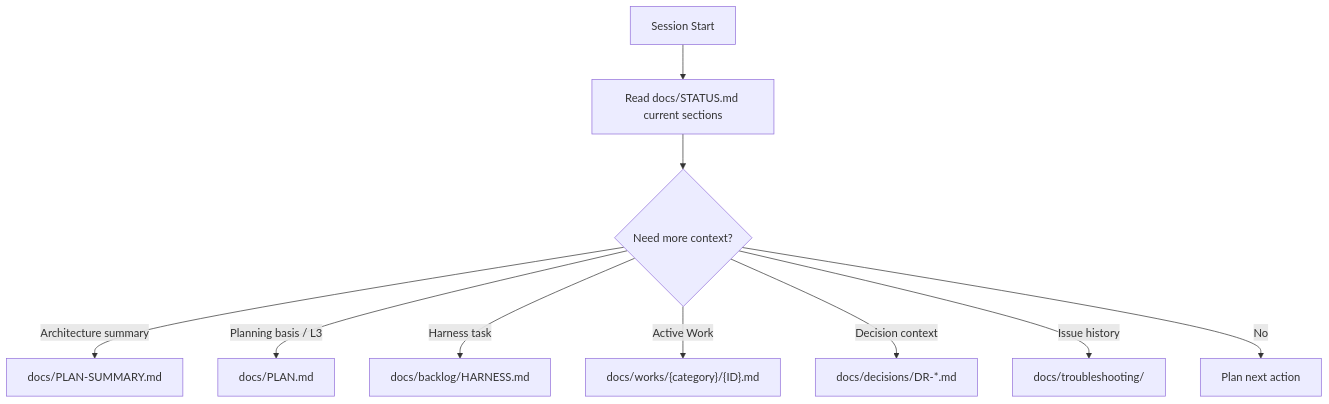
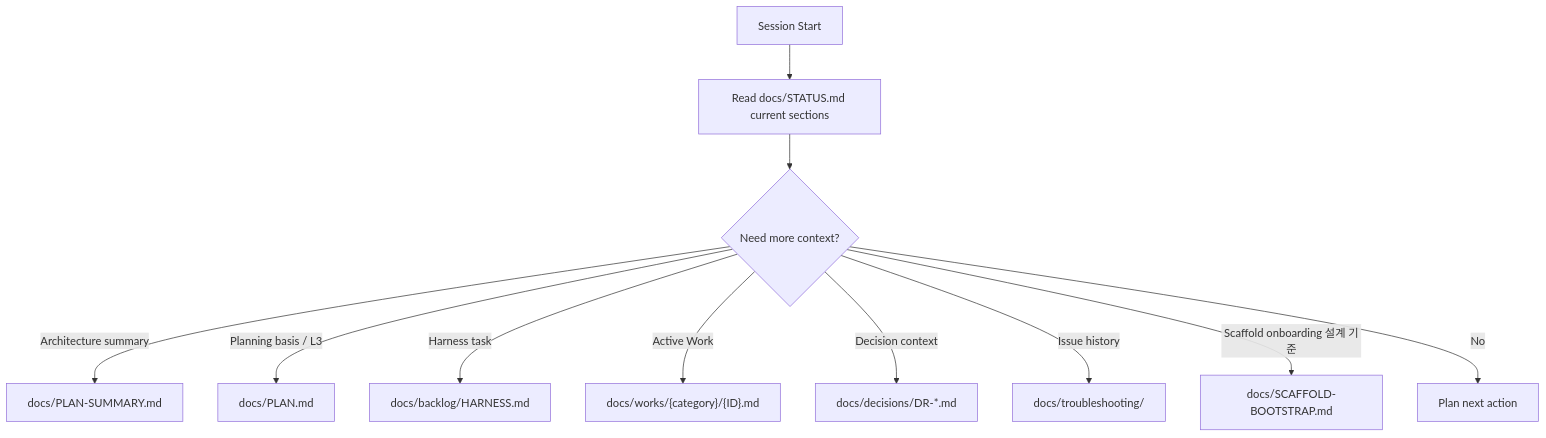
Before and after one commit to kyungseo/ai-workflow-harness: the third of 5 diagrams in docs/HARNESS-STRUCTURE.md, drawn with Mermaid. The commit also changed other lines of this file and 6 other files, not shown here.

````diff
--- a/docs/HARNESS-STRUCTURE.md
+++ b/docs/HARNESS-STRUCTURE.md
@@ -84,12 +84,13 @@
 ```mermaid
 flowchart TD
     START["Session Start"] --> STATUS["Read docs/STATUS.md current sections"]
     STATUS --> NEED{"Need more context?"}
     NEED -->|"Architecture summary"| PLAN_SUMMARY["docs/PLAN-SUMMARY.md"]
     NEED -->|"Planning basis / L3"| PLAN["docs/PLAN.md"]
     NEED -->|"Harness task"| HARNESS["docs/backlog/HARNESS.md"]
     NEED -->|"Active Work"| WORK["docs/works/{category}/{ID}.md"]
     NEED -->|"Decision context"| DR["docs/decisions/DR-*.md"]
     NEED -->|"Issue history"| TROUBLE["docs/troubleshooting/"]
+    NEED -->|"Scaffold onboarding 설계 기준"| SCAFFOLD_BS["docs/SCAFFOLD-BOOTSTRAP.md"]
     NEED -->|"No"| EXEC["Plan next action"]
 ```
````
